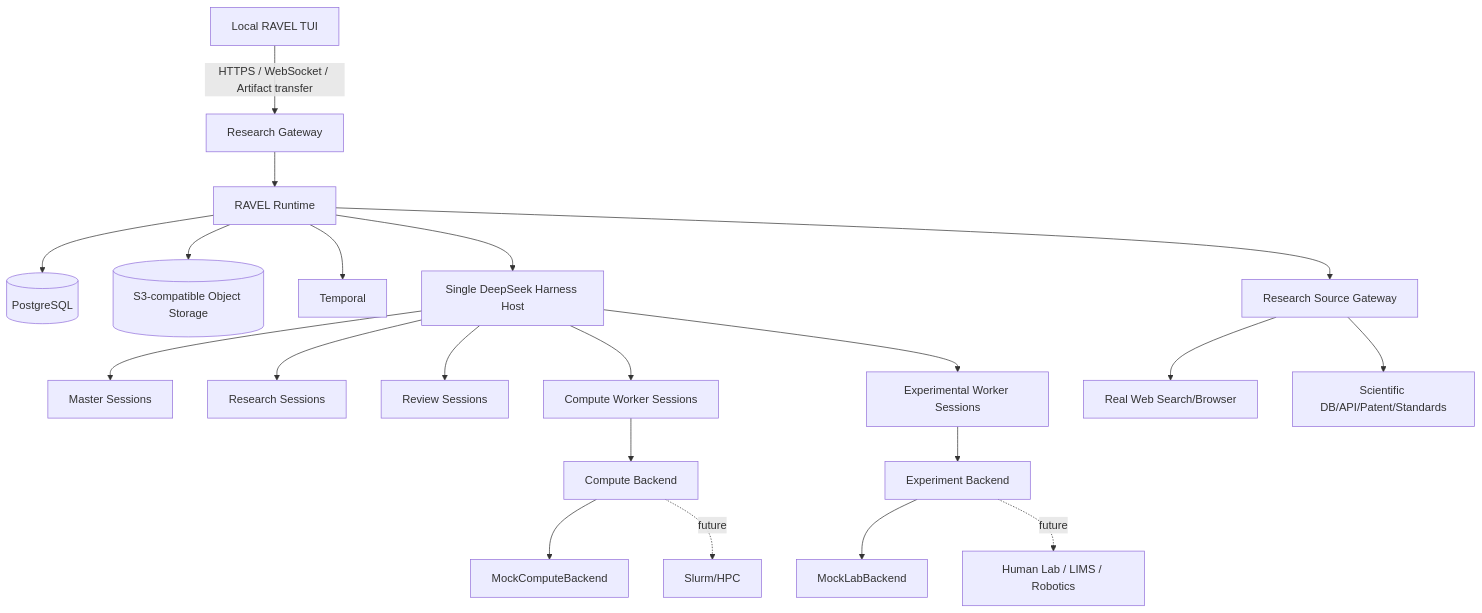
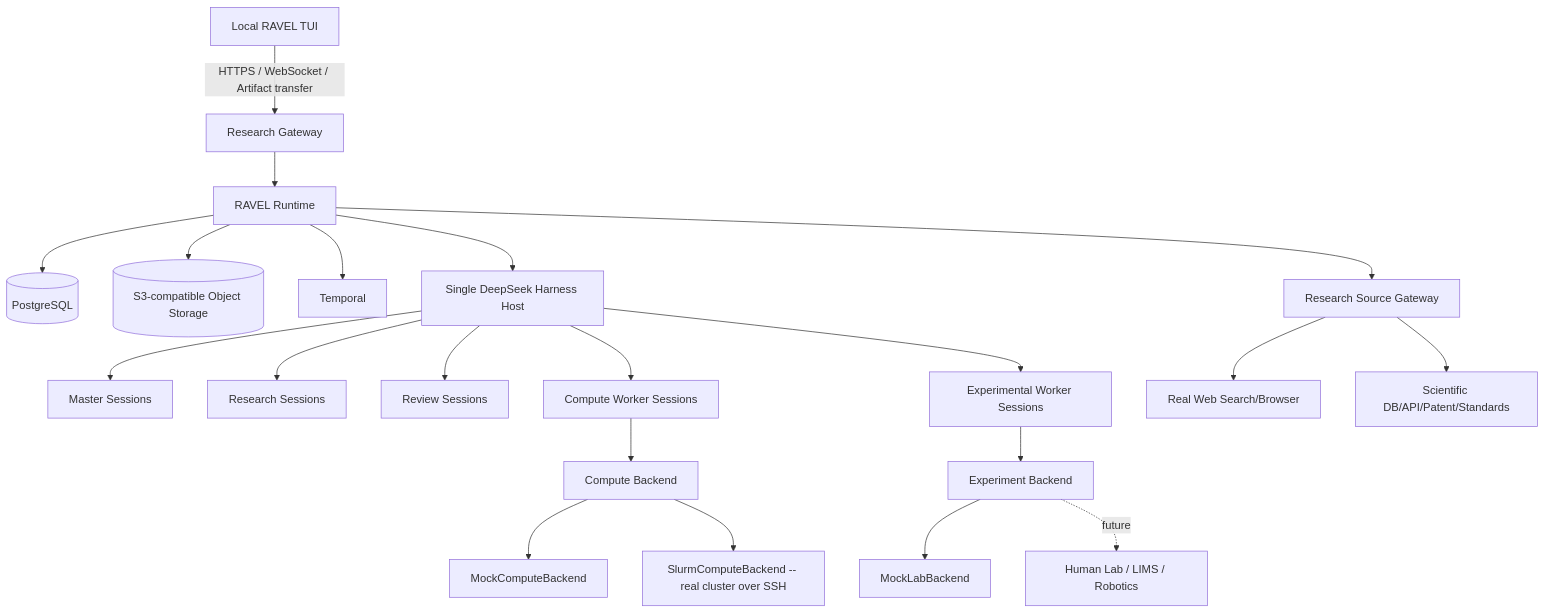
Before and after one commit to lichman0405/ravel: the diagram in docs/01_ARCHITECTURE.md, drawn with Mermaid. The commit also changed 19 other files, not shown here.

````diff
--- a/docs/01_ARCHITECTURE.md
+++ b/docs/01_ARCHITECTURE.md
@@ -5,28 +5,28 @@
 ```mermaid
 flowchart TB
     TUI[Local RAVEL TUI] -->|HTTPS / WebSocket / Artifact transfer| GW[Research Gateway]
 
     GW --> RT[RAVEL Runtime]
     RT --> PG[(PostgreSQL)]
     RT --> OBJ[(S3-compatible Object Storage)]
     RT --> TEMP[Temporal]
     RT --> DSH[Single DeepSeek Harness Host]
 
     DSH --> MASTER[Master Sessions]
     DSH --> RESEARCH[Research Sessions]
     DSH --> REVIEW[Review Sessions]
     DSH --> CW[Compute Worker Sessions]
     DSH --> EW[Experimental Worker Sessions]
 
     RT --> RSG[Research Source Gateway]
     RSG --> WEB[Real Web Search/Browser]
     RSG --> DB[Scientific DB/API/Patent/Standards]
 
     CW --> CB[Compute Backend]
     CB --> MOCKC[MockComputeBackend]
-    CB -.future.-> SLURM[Slurm/HPC]
+    CB --> SLURM[SlurmComputeBackend -- real cluster over SSH]
 
     EW --> EB[Experiment Backend]
     EB --> MOCKL[MockLabBackend]
     EB -.future.-> LAB[Human Lab / LIMS / Robotics]
 ```
````
